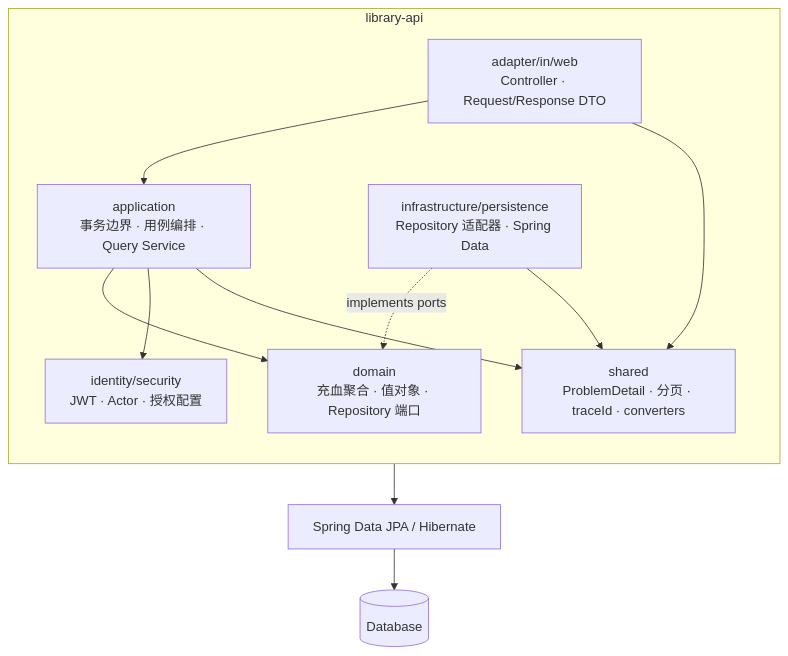
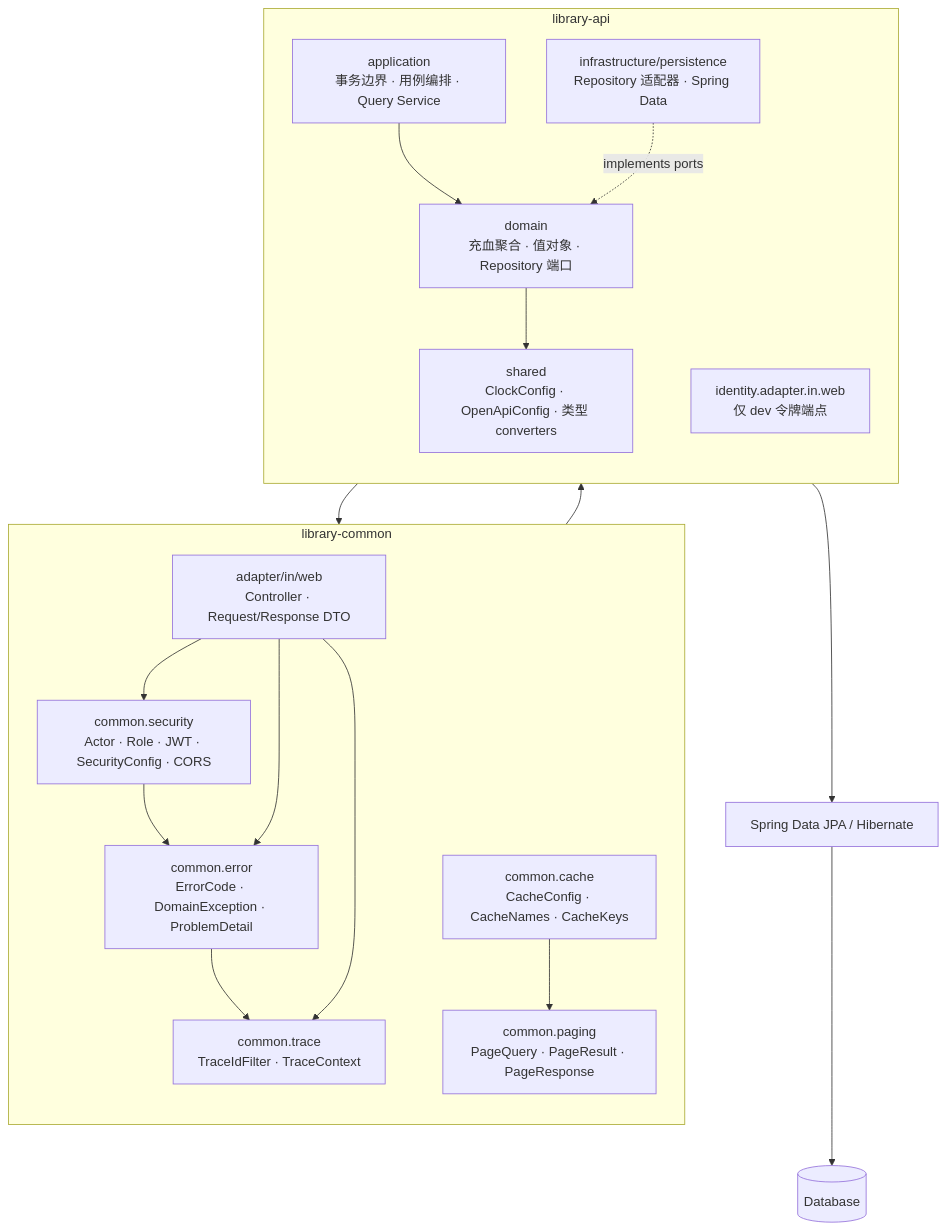
The fourth of 4 diagrams in docs/architecture.md (niefy/e-library), drawn with Mermaid before and after one commit. The commit also changed other lines of this file and 98 other files, not shown here.

````diff
--- a/docs/architecture.md
+++ b/docs/architecture.md
@@ -122,23 +117,38 @@
 ```mermaid
 flowchart TB
+    subgraph COMMON[library-common]
+        direction TB
+        SEC["common.security<br/>Actor · Role · JWT · SecurityConfig · CORS"]
+        ERR["common.error<br/>ErrorCode · DomainException · ProblemDetail"]
+        TRC["common.trace<br/>TraceIdFilter · TraceContext"]
+        CACHE["common.cache<br/>CacheConfig · CacheNames · CacheKeys"]
+        PAGE["common.paging<br/>PageQuery · PageResult · PageResponse"]
+        WEB["common.web<br/>GlobalExceptionHandler · CurrentUserWebConfig"]
+
+        SEC --> ERR
+        ERR --> TRC
+        CACHE --> PAGE
+        WEB --> SEC
+        WEB --> ERR
+        WEB --> TRC
+    end
+
     subgraph API[library-api]
         direction TB
         WEB["adapter/in/web<br/>Controller · Request/Response DTO"]
         APP["application<br/>事务边界 · 用例编排 · Query Service"]
         DOM["domain<br/>充血聚合 · 值对象 · Repository 端口"]
         PER["infrastructure/persistence<br/>Repository 适配器 · Spring Data"]
-        SEC["identity/security<br/>JWT · Actor · 授权配置"]
-        SH["shared<br/>ProblemDetail · 分页 · traceId · converters"]
+        SH["shared<br/>ClockConfig · OpenApiConfig · 类型 converters"]
+        DEV["identity.adapter.in.web<br/>仅 dev 令牌端点"]
 
         WEB --> APP
         APP --> DOM
-        APP --> SEC
+        DOM --> SH
         PER -. "implements ports" .-> DOM
-        WEB --> SH
-        APP --> SH
-        PER --> SH
     end
 
+    API --> COMMON
     PER --> JPA[Spring Data JPA / Hibernate]
     JPA --> DB[(Database)]
 ```
````
